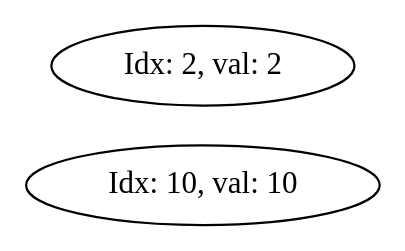
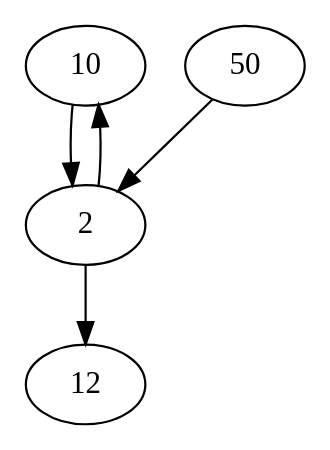
Before and after one commit to BecksFedeUniPr/LabAlgoritmiUnipr_Consegne: the diagram in 3_Consegna/graph.dot, drawn with Graphviz. The commit also changed 20 other files, not shown here.

```diff
--- a/3_Consegna/graph.dot
+++ b/3_Consegna/graph.dot
@@ -1,9 +1,20 @@
 digraph g
 { 
-node [shape=none]
-rankdir="LR"
-node_10_1
-[ shape = oval; label = "Idx: 10, val: 10" ];
-node_2_2
-[ shape = oval; label = "Idx: 2, val: 2" ];
+10
+[ shape = oval; 
+];
+10 -> 2;
+2
+[ shape = oval; 
+];
+2 -> 10;
+2 -> 12;
+12
+[ shape = oval; 
+];
+50
+[ shape = oval; 
+];
+50 -> 2;
+
 }
```
